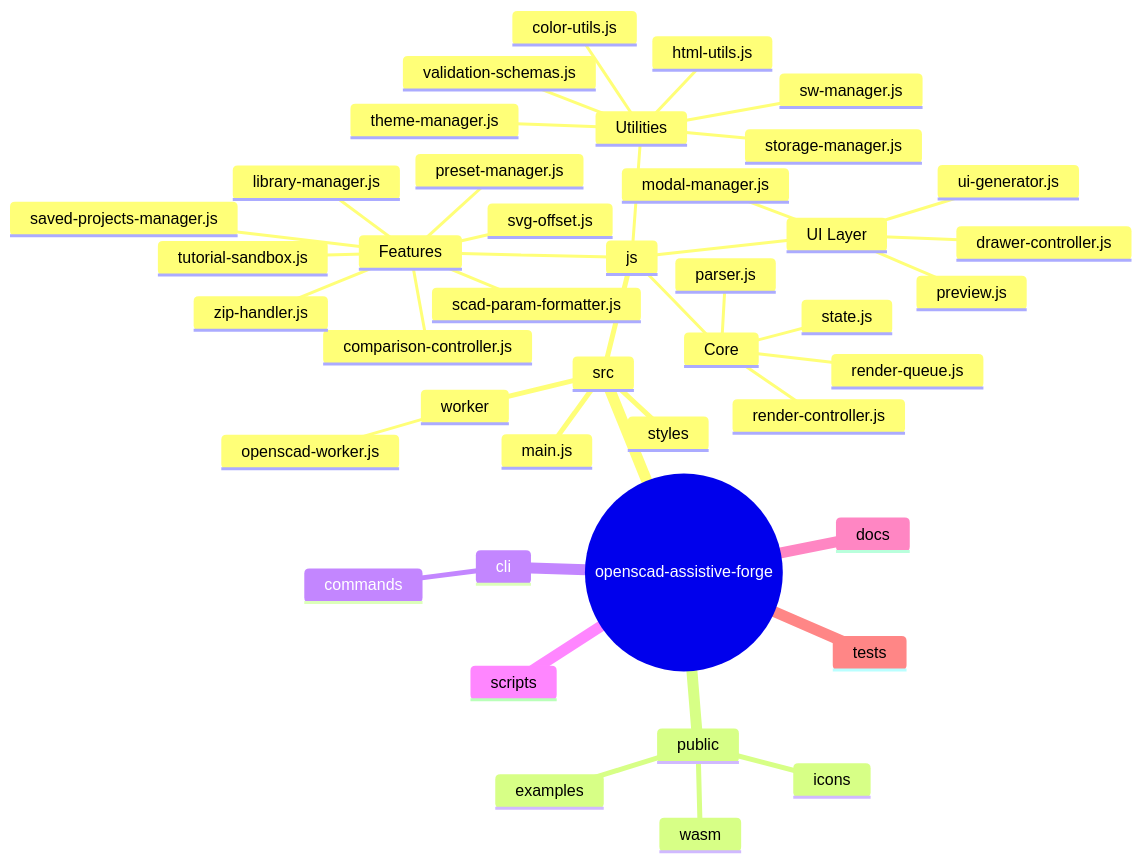
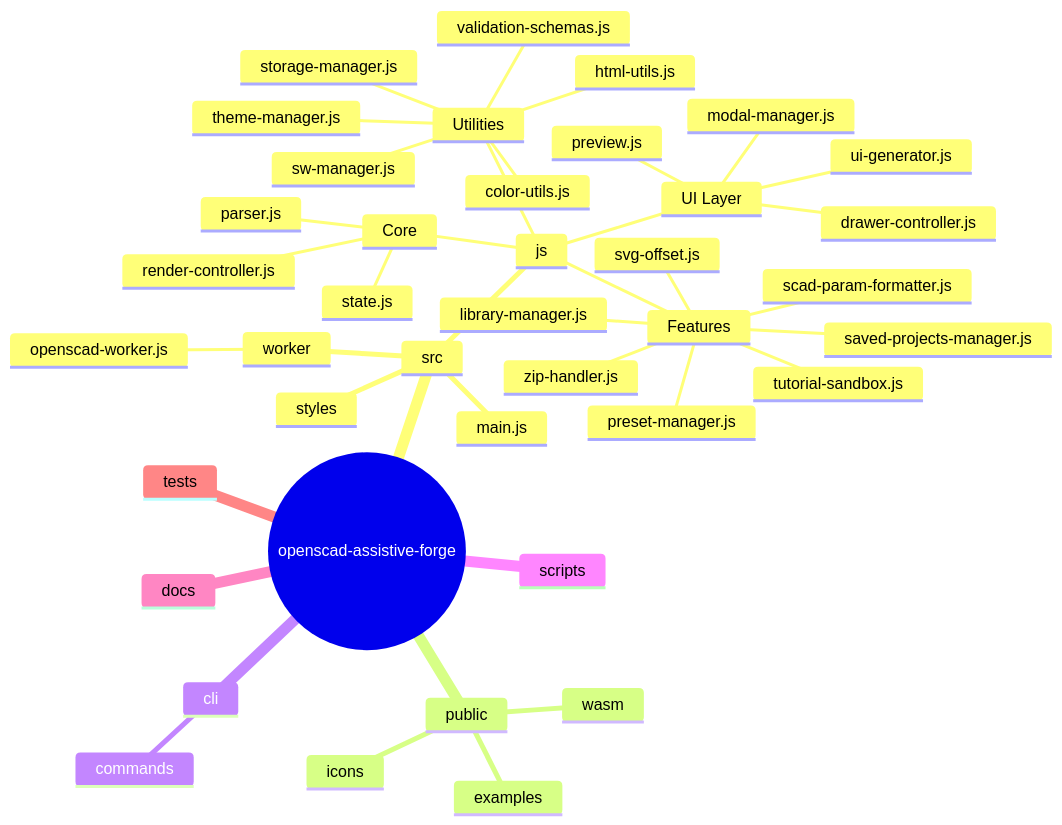
The second of 15 diagrams in docs/developing/ARCHITECTURE.md (BrennenJohnston/openscad-assistive-forge), drawn with Mermaid before and after one commit. The commit also changed other lines of this file and 34 other files, not shown here.

````diff
--- a/docs/developing/ARCHITECTURE.md
+++ b/docs/developing/ARCHITECTURE.md
@@ -31,45 +31,43 @@
 ```mermaid
 mindmap
   root((openscad-assistive-forge))
     src
       main.js
       js
         Core
           parser.js
           state.js
           render-controller.js
-          render-queue.js
         UI Layer
           ui-generator.js
           preview.js
           modal-manager.js
           drawer-controller.js
         Features
           preset-manager.js
-          comparison-controller.js
           saved-projects-manager.js
           zip-handler.js
           library-manager.js
           tutorial-sandbox.js
           svg-offset.js
           scad-param-formatter.js
         Utilities
           storage-manager.js
           theme-manager.js
           validation-schemas.js
           sw-manager.js
           color-utils.js
           html-utils.js
       styles
       worker
         openscad-worker.js
     public
       wasm
       icons
       examples
     cli
       commands
     scripts
     docs
     tests
 ```
````
